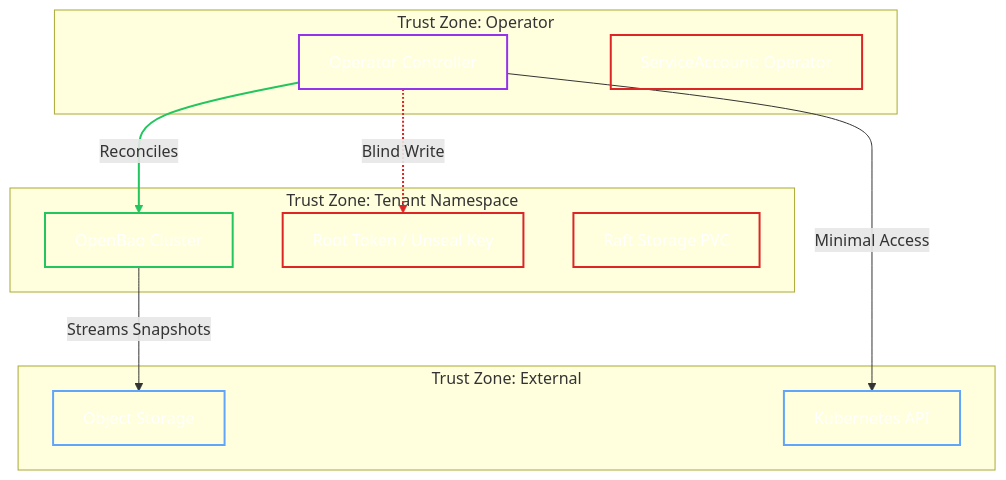
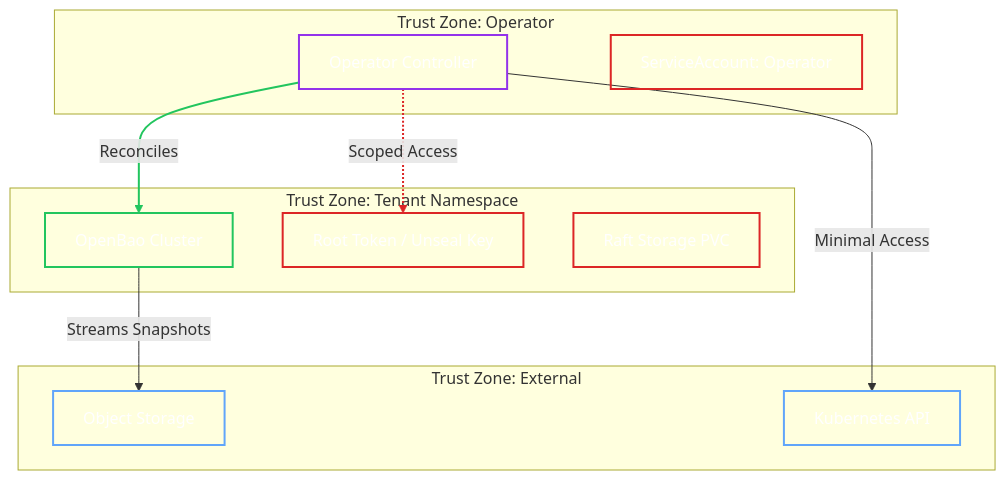
Before and after one commit to dc-tec/openbao-operator: the diagram in docs/security/fundamentals/threat-model.md, drawn with Mermaid. The commit also changed other lines of this file and 3 other files, not shown here.

````diff
--- a/docs/security/fundamentals/threat-model.md
+++ b/docs/security/fundamentals/threat-model.md
@@ -10,37 +10,37 @@
 ```mermaid
 graph TD
     subgraph Operator_Zone [Trust Zone: Operator]
         Op[Operator Controller]
         OpSA[ServiceAccount: Operator]
     end
 
     subgraph Tenant_Zone [Trust Zone: Tenant Namespace]
         Bao[OpenBao Cluster]
         Secret[Root Token / Unseal Key]
         PVC[Raft Storage PVC]
     end
 
     subgraph Cloud_Zone [Trust Zone: External]
         S3[Object Storage]
         K8sAPI[Kubernetes API]
     end
 
     Op -- Reconciles --> Bao
     Op -- Minimal Access --> K8sAPI
-    Op -.->|Blind Write| Secret
+    Op -.->|Scoped Access| Secret
     Bao -- Streams Snapshots --> S3
     
     linkStyle 0 stroke:#22c55e,stroke-width:2px;
     linkStyle 2 stroke:#dc2626,stroke-width:2px;
 
     classDef read fill:transparent,stroke:#60a5fa,stroke-width:2px,color:#fff;
     classDef write fill:transparent,stroke:#22c55e,stroke-width:2px,color:#fff;
     classDef security fill:transparent,stroke:#dc2626,stroke-width:2px,color:#fff;
     classDef process fill:transparent,stroke:#9333ea,stroke-width:2px,color:#fff;
 
     class Op process;
     class OpSA security;
     class Bao write;
     class Secret,PVC security;
     class S3,K8sAPI read;
 ```
````
